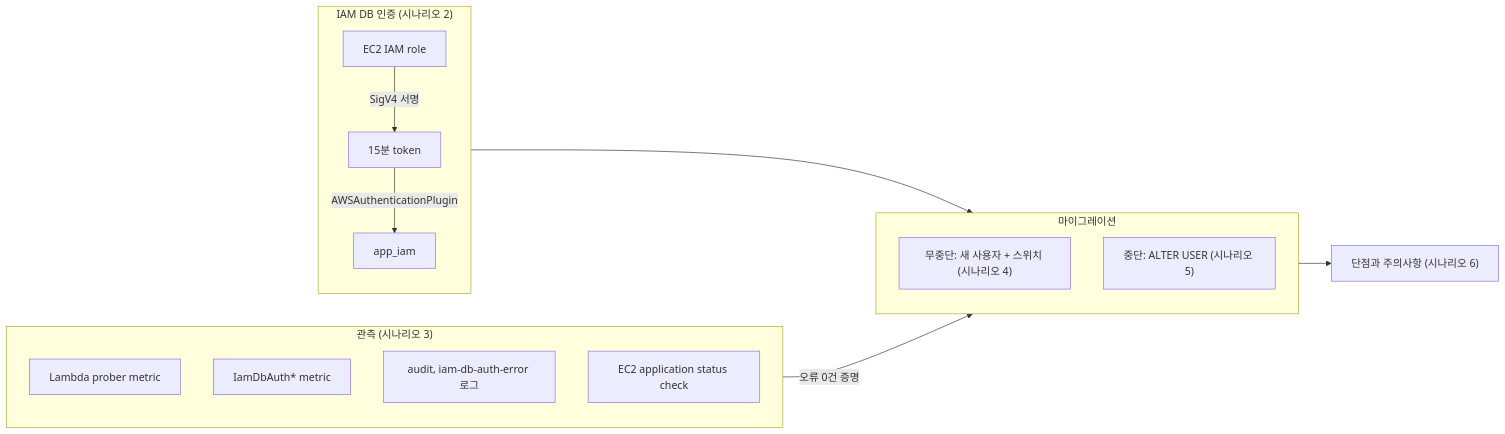
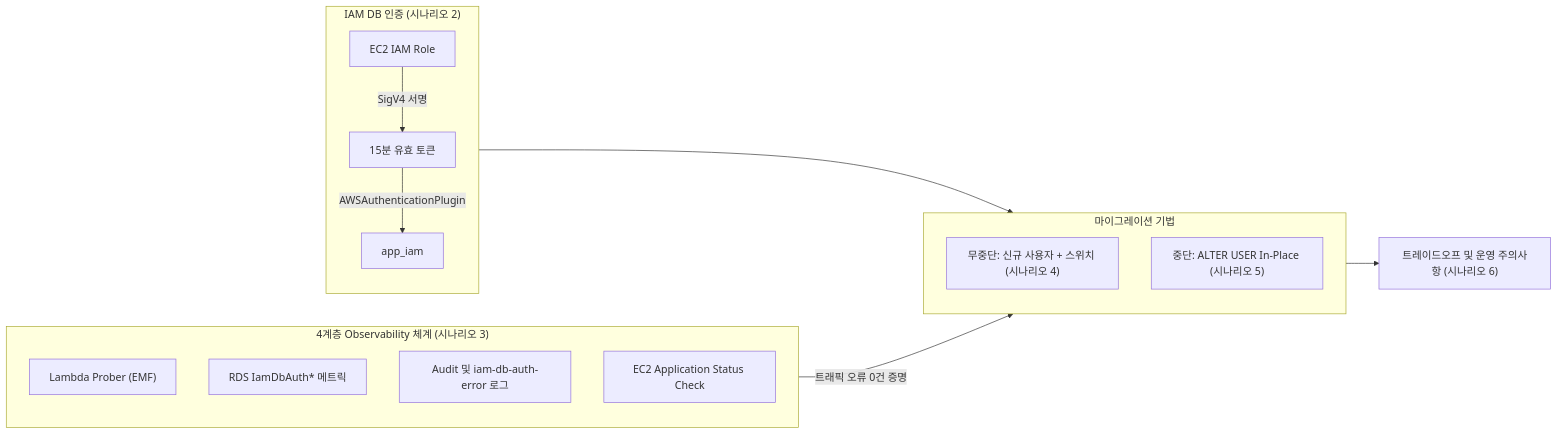
Before and after one commit to choisungwook/portfolio: the diagram in aws/rds/aurora-iam-auth/docs/1-feature-map.md, drawn with Mermaid. The commit also changed other lines of this file and 8 other files, not shown here.

First line of the commit message:
docs(rds): Aurora MySQL IAM DB 인증 핸즈온 문서 가독성 및 퀵스타트 구조 개편 (#1373)

````diff
--- a/aws/rds/aurora-iam-auth/docs/1-feature-map.md
+++ b/aws/rds/aurora-iam-auth/docs/1-feature-map.md
@@ -33,22 +35,22 @@
 ```mermaid
 flowchart LR
   subgraph AUTH["IAM DB 인증 (시나리오 2)"]
-    ROLE["EC2 IAM role"] -- "SigV4 서명" --> TOKEN["15분 token"]
+    ROLE["EC2 IAM Role"] -- "SigV4 서명" --> TOKEN["15분 유효 토큰"]
     TOKEN -- "AWSAuthenticationPlugin" --> DBUSER["app_iam"]
   end
-  subgraph OBS["관측 (시나리오 3)"]
-    PROBER["Lambda prober metric"]
-    RDSM["IamDbAuth* metric"]
-    LOGS["audit, iam-db-auth-error 로그"]
-    ASC["EC2 application status check"]
+  subgraph OBS["4계층 Observability 체계 (시나리오 3)"]
+    PROBER["Lambda Prober (EMF)"]
+    RDSM["RDS IamDbAuth* 메트릭"]
+    LOGS["Audit 및 iam-db-auth-error 로그"]
+    ASC["EC2 Application Status Check"]
   end
-  subgraph MIG["마이그레이션"]
-    ZD["무중단: 새 사용자 + 스위치 (시나리오 4)"]
-    DT["중단: ALTER USER (시나리오 5)"]
+  subgraph MIG["마이그레이션 기법"]
+    ZD["무중단: 신규 사용자 + 스위치 (시나리오 4)"]
+    DT["중단: ALTER USER In-Place (시나리오 5)"]
   end
-  CAVEAT["단점과 주의사항 (시나리오 6)"]
+  CAVEAT["트레이드오프 및 운영 주의사항 (시나리오 6)"]
 
   AUTH --> MIG
-  OBS -- "오류 0건 증명" --> MIG
+  OBS -- "트래픽 오류 0건 증명" --> MIG
   MIG --> CAVEAT
 ```
````
